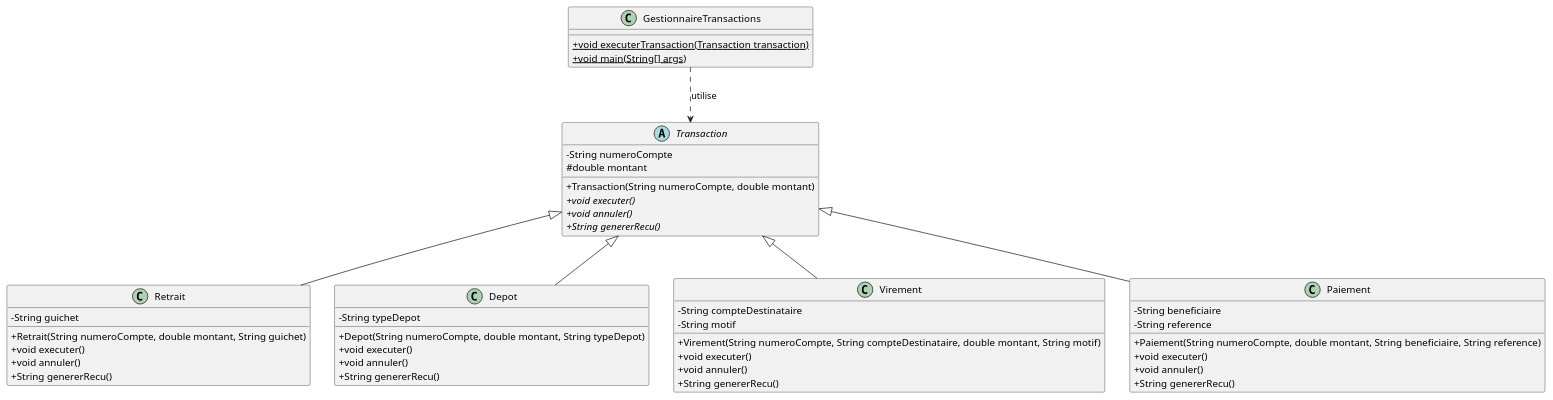
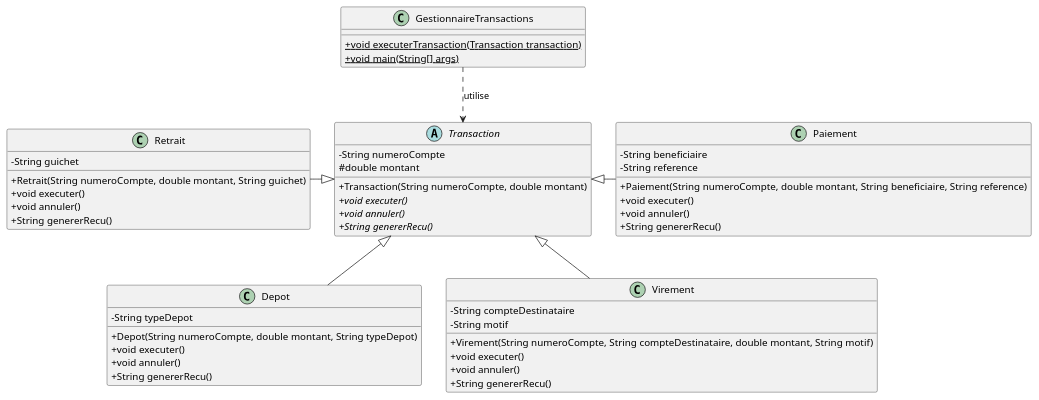
One commit to profdenis/2N1_doc changed the fourth of 6 diagrams in docs/B. Programmation OO/5. Diagrammes de classe/02-exemples.md. Above: the diagram before and after it, drawn with PlantUML. The commit also changed other lines of this file and 62 other files, not shown here.

````diff
--- a/docs/B. Programmation OO/5. Diagrammes de classe/02-exemples.md
+++ b/docs/B. Programmation OO/5. Diagrammes de classe/02-exemples.md
@@ -181,60 +181,60 @@
     ```plantuml
     @startuml
     skinparam classAttributeIconSize 0
 
     abstract class Transaction {
         - String numeroCompte
         # double montant
         + Transaction(String numeroCompte, double montant)
         + {abstract} void executer()
         + {abstract} void annuler()
         + {abstract} String genererRecu()
     }
     
     class Retrait {
         - String guichet
         + Retrait(String numeroCompte, double montant, String guichet)
         + void executer()
         + void annuler()
         + String genererRecu()
     }
     
     class Depot {
         - String typeDepot
         + Depot(String numeroCompte, double montant, String typeDepot)
         + void executer()
         + void annuler()
         + String genererRecu()
     }
     
     class Virement {
         - String compteDestinataire
         - String motif
         + Virement(String numeroCompte, String compteDestinataire, double montant, String motif)
         + void executer()
         + void annuler()
         + String genererRecu()
     }
     
     class Paiement {
         - String beneficiaire
         - String reference
         + Paiement(String numeroCompte, double montant, String beneficiaire, String reference)
         + void executer()
         + void annuler()
         + String genererRecu()
     }
     
     class GestionnaireTransactions {
         + {static} void executerTransaction(Transaction transaction)
         + {static} void main(String[] args)
     }
     
-    Transaction <|-- Retrait
+    Transaction <|-l- Retrait
     Transaction <|-- Depot
     Transaction <|-- Virement
-    Transaction <|-- Paiement
+    Transaction <|-r- Paiement
     GestionnaireTransactions ..> Transaction : utilise
     
     @enduml
     ```
````
